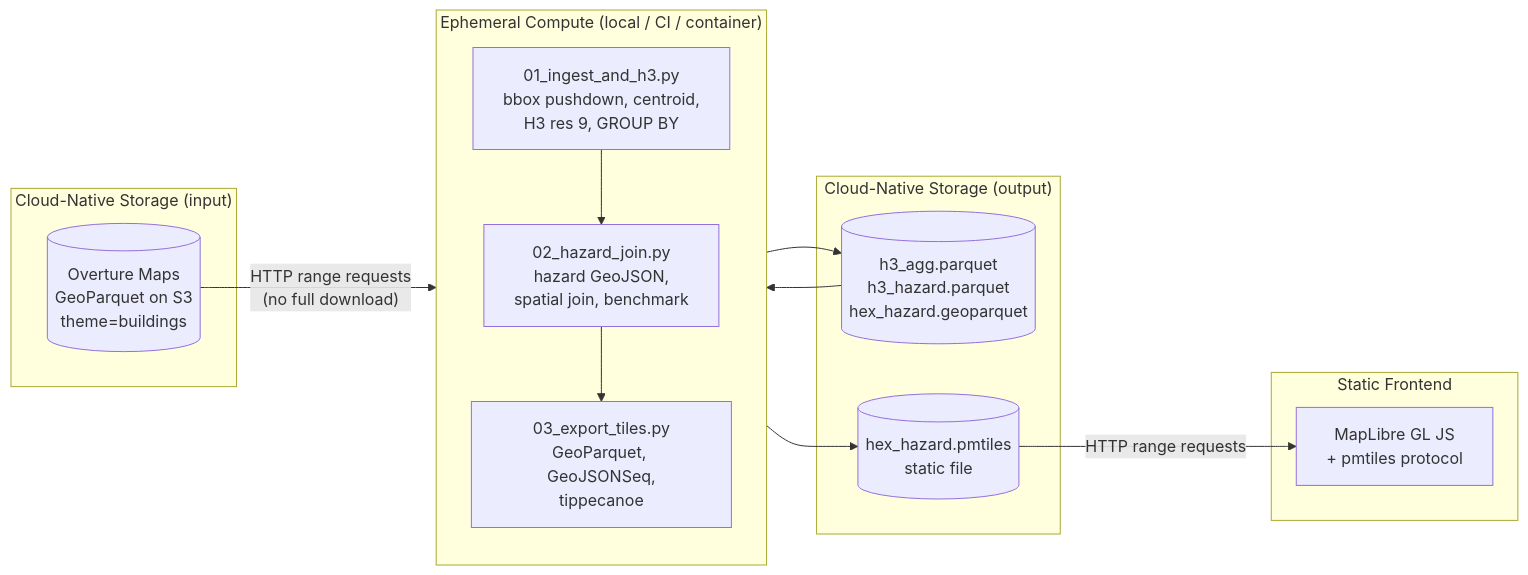
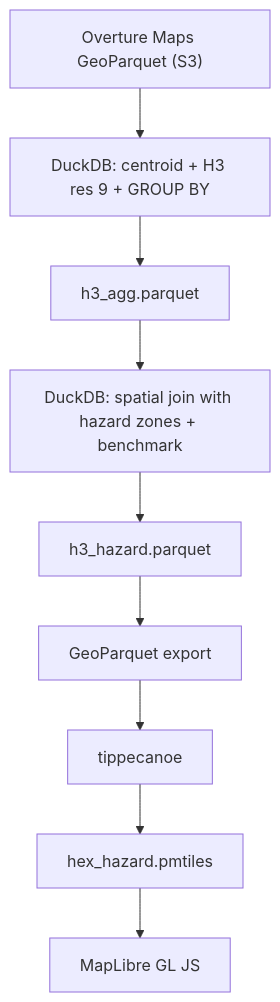
The diagram in README.md (bitsbard/building-footprint-pipeline), drawn with Mermaid before and after one commit.

````diff
--- a/README.md
+++ b/README.md
@@ -9,29 +9,11 @@
 ```mermaid
-flowchart LR
-    subgraph STORAGE_IN["Cloud-Native Storage (input)"]
-        S3[("Overture Maps<br/>GeoParquet on S3<br/>theme=buildings")]
-    end
-
-    subgraph COMPUTE["Ephemeral Compute (local / CI / container)"]
-        direction TB
-        S1["01_ingest_and_h3.py<br/>bbox pushdown, centroid,<br/>H3 res 9, GROUP BY"]
-        S2["02_hazard_join.py<br/>hazard GeoJSON,<br/>spatial join, benchmark"]
-        S3X["03_export_tiles.py<br/>GeoParquet, GeoJSONSeq,<br/>tippecanoe"]
-        S1 --> S2 --> S3X
-    end
-
-    subgraph STORAGE_OUT["Cloud-Native Storage (output)"]
-        PQ[("h3_agg.parquet<br/>h3_hazard.parquet<br/>hex_hazard.geoparquet")]
-        PM[("hex_hazard.pmtiles<br/>static file")]
-    end
-
-    subgraph CLIENT["Static Frontend"]
-        MAP["MapLibre GL JS<br/>+ pmtiles protocol"]
-    end
-
-    S3 -- "HTTP range requests<br/>(no full download)" --> S1
-    S1 --> PQ
-    PQ --> S2
-    S3X --> PM
-    PM -- "HTTP range requests" --> MAP
+flowchart TD
+    A["Overture Maps GeoParquet (S3)"] --> B["DuckDB: centroid + H3 res 9 + GROUP BY"]
+    B --> C["h3_agg.parquet"]
+    C --> D["DuckDB: spatial join with hazard zones + benchmark"]
+    D --> E["h3_hazard.parquet"]
+    E --> F["GeoParquet export"]
+    F --> G["tippecanoe"]
+    G --> H["hex_hazard.pmtiles"]
+    H --> I["MapLibre GL JS"]
 ```
````
